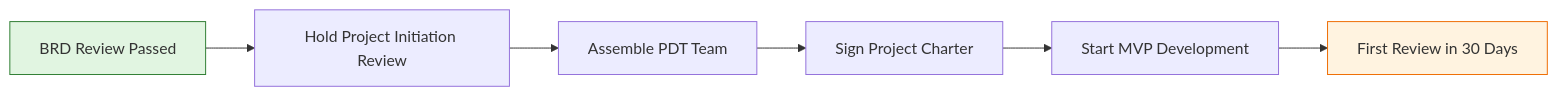
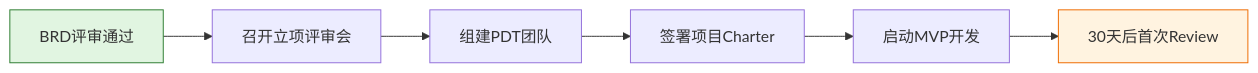
The eighth of 9 diagrams in templates/Product/Strategy/Template-BRD.md (Kirky-X/cangjie), drawn with Mermaid before and after one commit. The commit also changed other lines of this file and 33 other files, not shown here.

````diff
--- a/templates/Product/Strategy/Template-BRD.md
+++ b/templates/Product/Strategy/Template-BRD.md
@@ -440,10 +440,10 @@
 ```mermaid
 flowchart LR
-    A[BRD Review Passed] --> B[Hold Project Initiation Review]
-    B --> C[Assemble PDT Team]
-    C --> D[Sign Project Charter]
-    D --> E[Start MVP Development]
-    E --> F[First Review in 30 Days]
+    A[BRD评审通过] --> B[召开立项评审会]
+    B --> C[组建PDT团队]
+    C --> D[签署项目Charter]
+    D --> E[启动MVP开发]
+    E --> F[30天后首次Review]
     style A fill:#e1f5e1,stroke:#2e7d32
     style F fill:#fff3e0,stroke:#ef6c00
 ```
````
